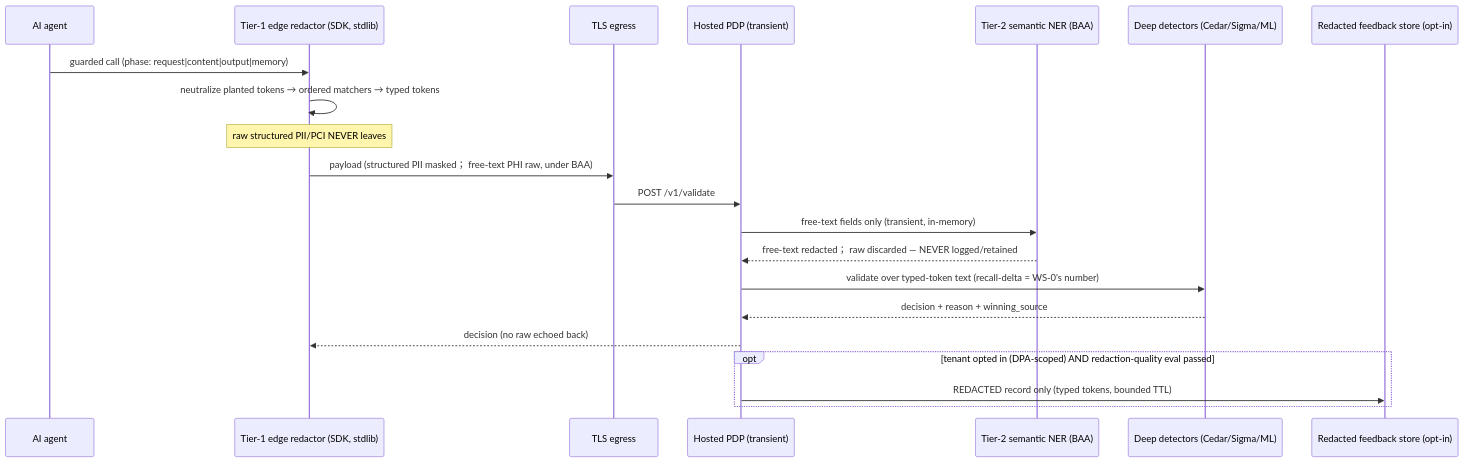
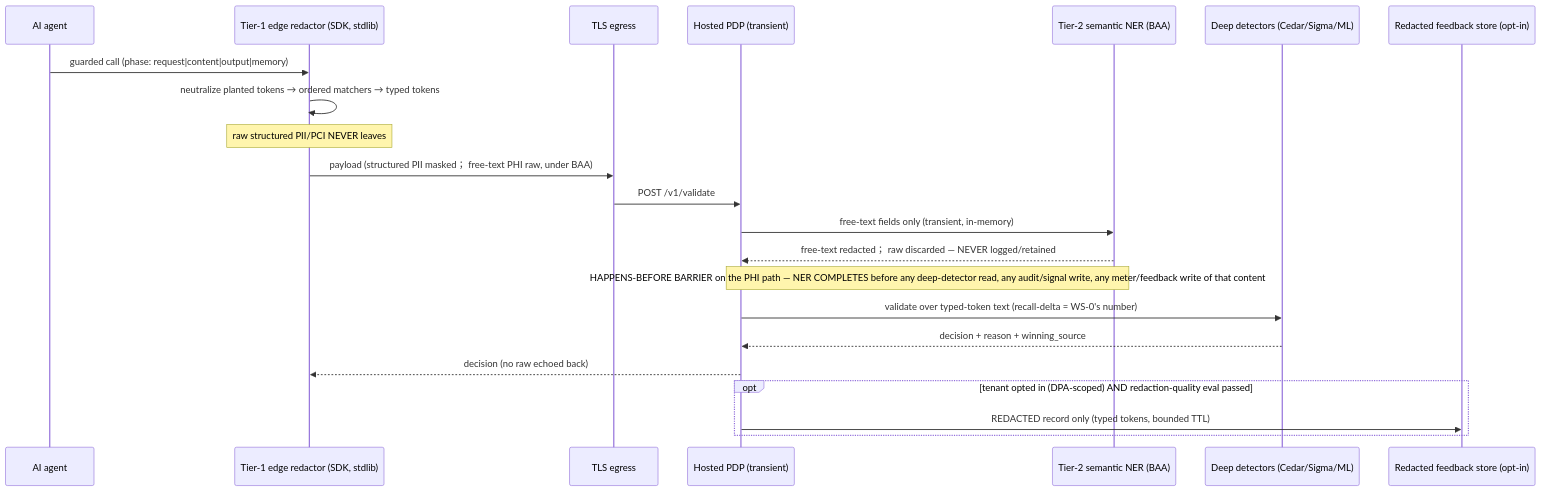
One commit to shashank31mar/Sentra changed the first of 5 diagrams in lld/29-redaction.md. Above: the diagram before and after it, drawn with Mermaid. The commit also changed other lines of this file and 16 other files, not shown here.

````diff
--- a/lld/29-redaction.md
+++ b/lld/29-redaction.md
@@ -88,23 +92,24 @@
 ```mermaid
 sequenceDiagram
   participant AG as AI agent
   participant SDK as Tier-1 edge redactor (SDK, stdlib)
   participant NET as TLS egress
   participant PDP as Hosted PDP (transient)
   participant NER as Tier-2 semantic NER (BAA)
   participant DET as Deep detectors (Cedar/Sigma/ML)
   participant FS as Redacted feedback store (opt-in)
   AG->>SDK: guarded call (phase: request|content|output|memory)
   SDK->>SDK: neutralize planted tokens → ordered matchers → typed tokens
   Note over SDK: raw structured PII/PCI NEVER leaves
   SDK->>NET: payload (structured PII masked； free-text PHI raw, under BAA)
   NET->>PDP: POST /v1/validate
   PDP->>NER: free-text fields only (transient, in-memory)
   NER-->>PDP: free-text redacted； raw discarded — NEVER logged/retained
+  Note over PDP,NER: HAPPENS-BEFORE BARRIER on the PHI path — NER COMPLETES before any deep-detector read, any audit/signal write, any meter/feedback write of that content
   PDP->>DET: validate over typed-token text (recall-delta = WS-0's number)
   DET-->>PDP: decision + reason + winning_source
   PDP-->>SDK: decision (no raw echoed back)
   opt tenant opted in (DPA-scoped) AND redaction-quality eval passed
     PDP->>FS: REDACTED record only (typed tokens, bounded TTL)
   end
 ```
````
